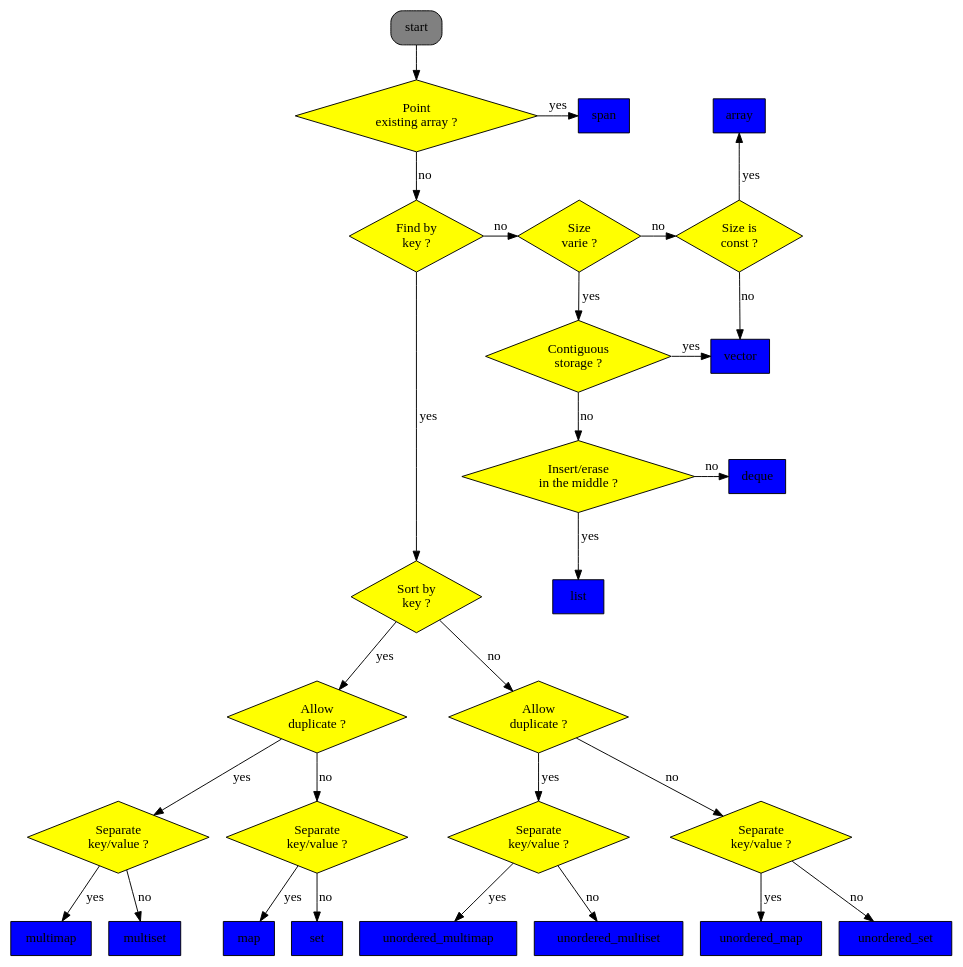
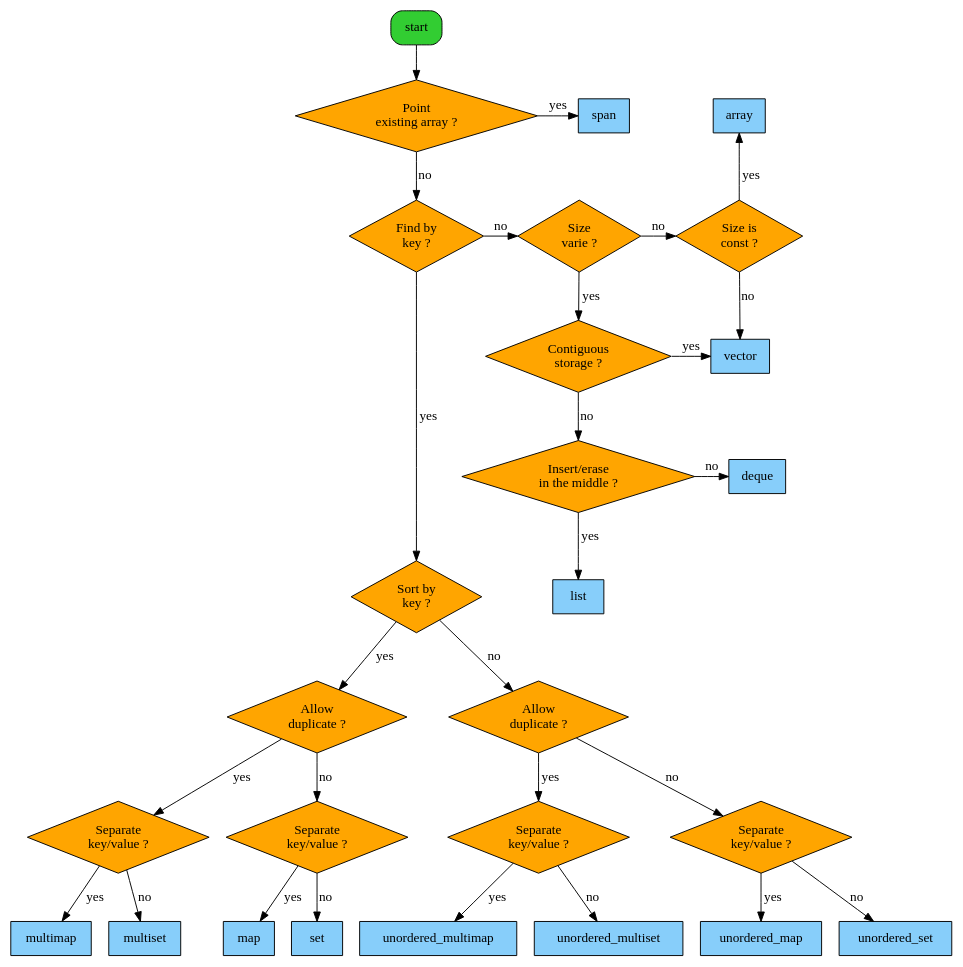
One commit to alexdesaint/CppContainersFlowchart changed the diagram in flowchart.dot. Above: the diagram before and after it, drawn with Graphviz. The commit also changed 1 other file, not shown here.

```diff
--- a/flowchart.dot
+++ b/flowchart.dot
@@ -1,81 +1,81 @@
 digraph G {
-    start[shape=box, style="rounded,filled", fillcolor=gray];
+    start[shape=box, style="rounded,filled", fillcolor=limegreen];
     
     //{rank = same; fbk; pea; start; sv; sc; array;}
     {rank = same; pea; span; array}
-    pea[shape=diamond, label="Point\nexisting array ?", style=filled, fillcolor=yellow]
+    pea[shape=diamond, label="Point\nexisting array ?", style=filled, fillcolor=orange]
     
     //{rank = same; fbk; sbk;}
-    fbk[shape=diamond, label="Find by\nkey ?", style=filled, fillcolor=yellow];
+    fbk[shape=diamond, label="Find by\nkey ?", style=filled, fillcolor=orange];
     
     {rank = same; sbk; list;}
-    sbk[shape=diamond, label="Sort by\nkey ?", style=filled, fillcolor=yellow];
+    sbk[shape=diamond, label="Sort by\nkey ?", style=filled, fillcolor=orange];
     
     {rank = same; ncs; vector;}
-    ncs[shape=diamond, label="Contiguous\nstorage ?", style=filled, fillcolor=yellow];
+    ncs[shape=diamond, label="Contiguous\nstorage ?", style=filled, fillcolor=orange];
     
     {rank = same; fbk; sv; sc}
-    sv[shape=diamond, label="Size\nvarie ?", style=filled, fillcolor=yellow];
-    sc[shape=diamond, label="Size is\nconst ?", style=filled, fillcolor=yellow];
+    sv[shape=diamond, label="Size\nvarie ?", style=filled, fillcolor=orange];
+    sc[shape=diamond, label="Size is\nconst ?", style=filled, fillcolor=orange];
     
     {rank = same; ieim; deque;}
-    ieim[shape=diamond, label="Insert/erase\nin the middle ?", style=filled, fillcolor=yellow];
+    ieim[shape=diamond, label="Insert/erase\nin the middle ?", style=filled, fillcolor=orange];
     
-    ad1[shape=diamond, label="Allow\nduplicate ?", style=filled, fillcolor=yellow];
-    ad2[shape=diamond, label="Allow\nduplicate ?", style=filled, fillcolor=yellow];
-    skv11[shape=diamond, label="Separate\nkey/value ?", style=filled, fillcolor=yellow];
-    skv12[shape=diamond, label="Separate\nkey/value ?", style=filled, fillcolor=yellow];
-    skv21[shape=diamond, label="Separate\nkey/value ?", style=filled, fillcolor=yellow];
-    skv22[shape=diamond, label="Separate\nkey/value ?", style=filled, fillcolor=yellow];
+    ad1[shape=diamond, label="Allow\nduplicate ?", style=filled, fillcolor=orange];
+    ad2[shape=diamond, label="Allow\nduplicate ?", style=filled, fillcolor=orange];
+    skv11[shape=diamond, label="Separate\nkey/value ?", style=filled, fillcolor=orange];
+    skv12[shape=diamond, label="Separate\nkey/value ?", style=filled, fillcolor=orange];
+    skv21[shape=diamond, label="Separate\nkey/value ?", style=filled, fillcolor=orange];
+    skv22[shape=diamond, label="Separate\nkey/value ?", style=filled, fillcolor=orange];
     
     ad1 -> skv11[label="yes"];
     ad1 -> skv12[label="no"];
     ad2 -> skv21[label="yes"];
     ad2 -> skv22[label="no"];
     
     skv11 -> multimap[label="yes"];
     skv11 -> multiset[label="no"];
     skv12 -> map[label="yes"];
     skv12 -> set[label="no"];
     skv21 -> unordered_multimap[label="yes"];
     skv21 -> unordered_multiset[label="no"];
     skv22 -> unordered_map[label="yes"];
     skv22 -> unordered_set[label="no"];
     
-    vector[shape=box, style=filled, fillcolor=blue];
-    array[shape=box, style=filled, fillcolor=blue];
-    list[shape=box, style=filled, fillcolor=blue];
-    deque[shape=box, style=filled, fillcolor=blue];
-    span[shape=box, style=filled, fillcolor=blue];
-    map[shape=box, style=filled, fillcolor=blue];
-    set[shape=box, style=filled, fillcolor=blue];
-    multimap[shape=box, style=filled, fillcolor=blue];
-    multiset[shape=box, style=filled, fillcolor=blue];
-    unordered_map[shape=box, style=filled, fillcolor=blue];
-    unordered_set[shape=box, style=filled, fillcolor=blue];
-    unordered_multimap[shape=box, style=filled, fillcolor=blue];
-    unordered_multiset[shape=box, style=filled, fillcolor=blue];
+    vector[shape=box, style=filled, fillcolor=lightskyblue];
+    array[shape=box, style=filled, fillcolor=lightskyblue];
+    list[shape=box, style=filled, fillcolor=lightskyblue];
+    deque[shape=box, style=filled, fillcolor=lightskyblue];
+    span[shape=box, style=filled, fillcolor=lightskyblue];
+    map[shape=box, style=filled, fillcolor=lightskyblue];
+    set[shape=box, style=filled, fillcolor=lightskyblue];
+    multimap[shape=box, style=filled, fillcolor=lightskyblue];
+    multiset[shape=box, style=filled, fillcolor=lightskyblue];
+    unordered_map[shape=box, style=filled, fillcolor=lightskyblue];
+    unordered_set[shape=box, style=filled, fillcolor=lightskyblue];
+    unordered_multimap[shape=box, style=filled, fillcolor=lightskyblue];
+    unordered_multiset[shape=box, style=filled, fillcolor=lightskyblue];
     
     start -> pea;
     
     pea -> span[label="yes"];
     pea -> fbk[label="no"];
     
     fbk -> sbk[label="yes"];
     fbk -> sv[label="no"];
     
     sv -> ncs[label="yes"];
     sv -> sc[label="no"];
     
     ncs -> vector[label="yes"];
     ncs -> ieim[label="no"];
     
     ieim -> list[label="yes"];
     ieim -> deque[label="no"];
     
     sc -> array[label="yes"];
     sc -> vector[label="no"];
     
     sbk -> ad1[label="yes"];
     sbk -> ad2[label="no"];
 }
```
